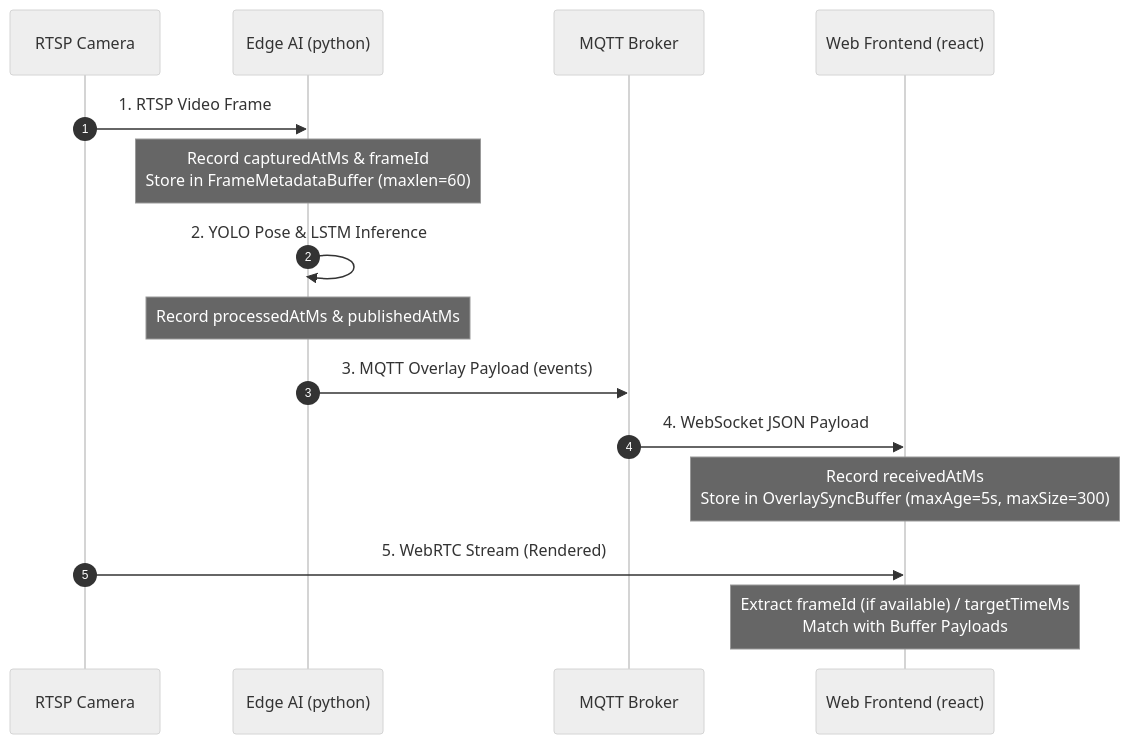
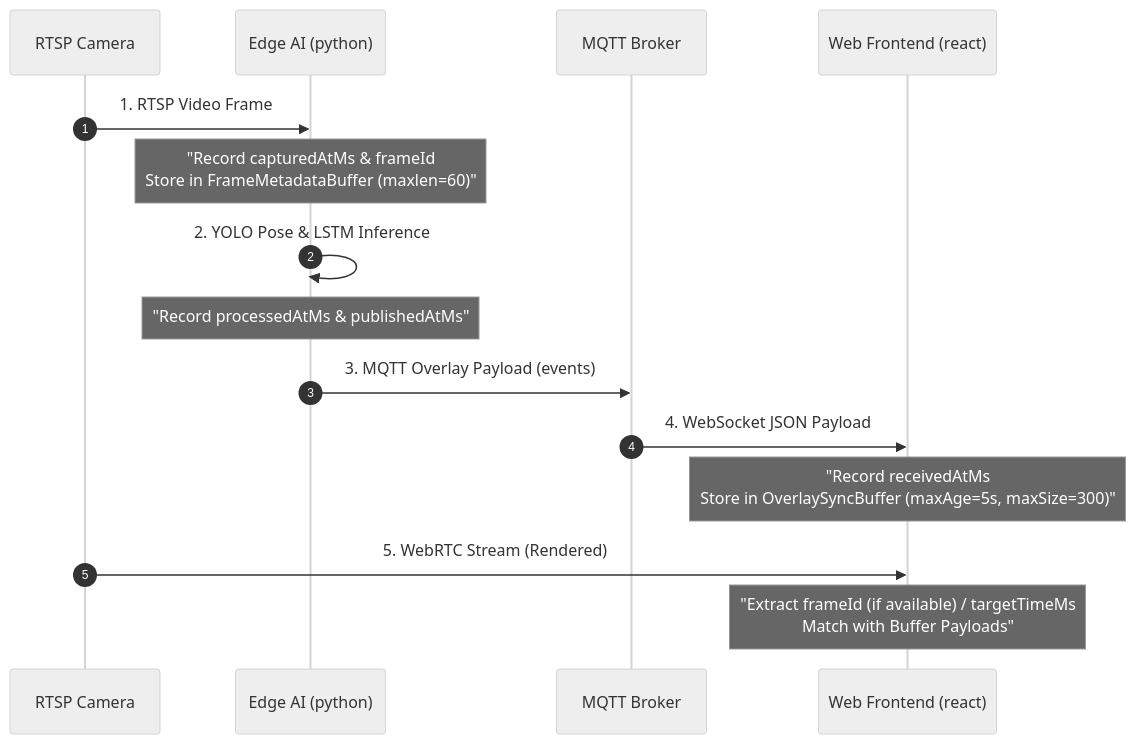
Before and after one commit to Anjingyeong/llm_wiki_strange: the diagram in content/Frame-Matching-Report.md, drawn with Mermaid (neutral theme). The commit also changed other lines of this file and 35 other files, not shown here.

Commit message:
feat: fix mermaid rendering and complete RAG portfolio with MaeumIeum excluded

````diff
--- a/content/Frame-Matching-Report.md
+++ b/content/Frame-Matching-Report.md
@@ -18,18 +18,18 @@
 ```mermaid
 sequenceDiagram
     autonumber
     participant Camera as RTSP Camera
     participant AI as Edge AI (python)
     participant Broker as MQTT Broker
     participant FE as Web Frontend (react)
 
     Camera->>AI: 1. RTSP Video Frame
-    Note over AI: Record capturedAtMs & frameId<br/>Store in FrameMetadataBuffer (maxlen=60)
+    Note over AI: "Record capturedAtMs & frameId<br/>Store in FrameMetadataBuffer (maxlen=60)"
     AI->>AI: 2. YOLO Pose & LSTM Inference
-    Note over AI: Record processedAtMs & publishedAtMs
+    Note over AI: "Record processedAtMs & publishedAtMs"
     AI->>Broker: 3. MQTT Overlay Payload (events)
     Broker->>FE: 4. WebSocket JSON Payload
-    Note over FE: Record receivedAtMs<br/>Store in OverlaySyncBuffer (maxAge=5s, maxSize=300)
+    Note over FE: "Record receivedAtMs<br/>Store in OverlaySyncBuffer (maxAge=5s, maxSize=300)"
     Camera->>FE: 5. WebRTC Stream (Rendered)
-    Note over FE: Extract frameId (if available) / targetTimeMs<br/>Match with Buffer Payloads
+    Note over FE: "Extract frameId (if available) / targetTimeMs<br/>Match with Buffer Payloads"
 ```
````
